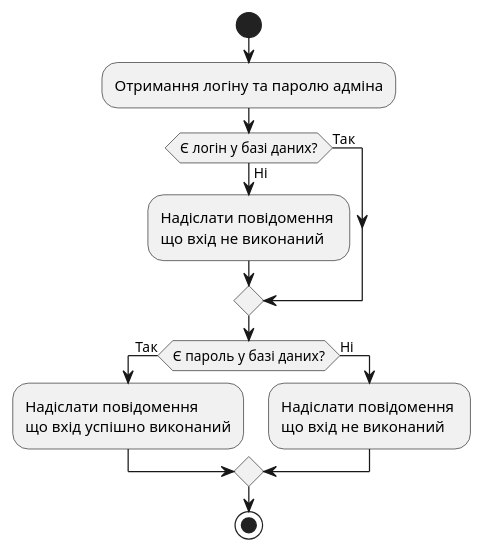
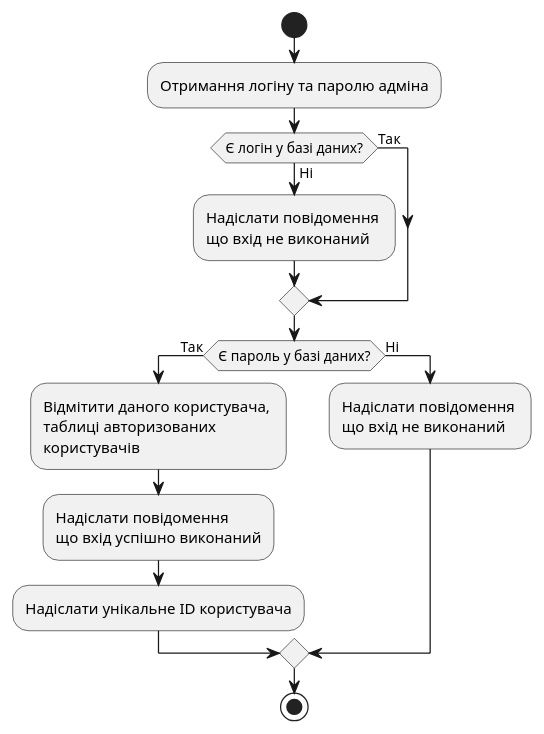
Before and after one commit to kzlk/PayrollEmployeeSystem: the diagram in Labs/Lab#1/Project/UML/ServerSide/autorization.puml, drawn with PlantUML. The commit also changed 112 other files, not shown here.

```diff
--- a/Labs/Lab#1/Project/UML/ServerSide/autorization.puml
+++ b/Labs/Lab#1/Project/UML/ServerSide/autorization.puml
@@ -1,15 +1,17 @@
 @startuml
 start 
     :Отримання логіну та паролю адміна;
     if(Є логін у базі даних?) then (Так)
       else (Ні) 
     :Надіслати повідомення \nщо вхід не виконаний;
 endif
          if(Є пароль у базі даних?) then (Так)
+            :Відмітити даного користувача, \nтаблиці авторизованих \nкористувачів;
             :Надіслати повідомення \nщо вхід успішно виконаний;
+            :Надіслати унікальне ID користувача;
          
     else (Ні)
     :Надіслати повідомення \nщо вхід не виконаний;
 endif
 stop
 @enduml
```
